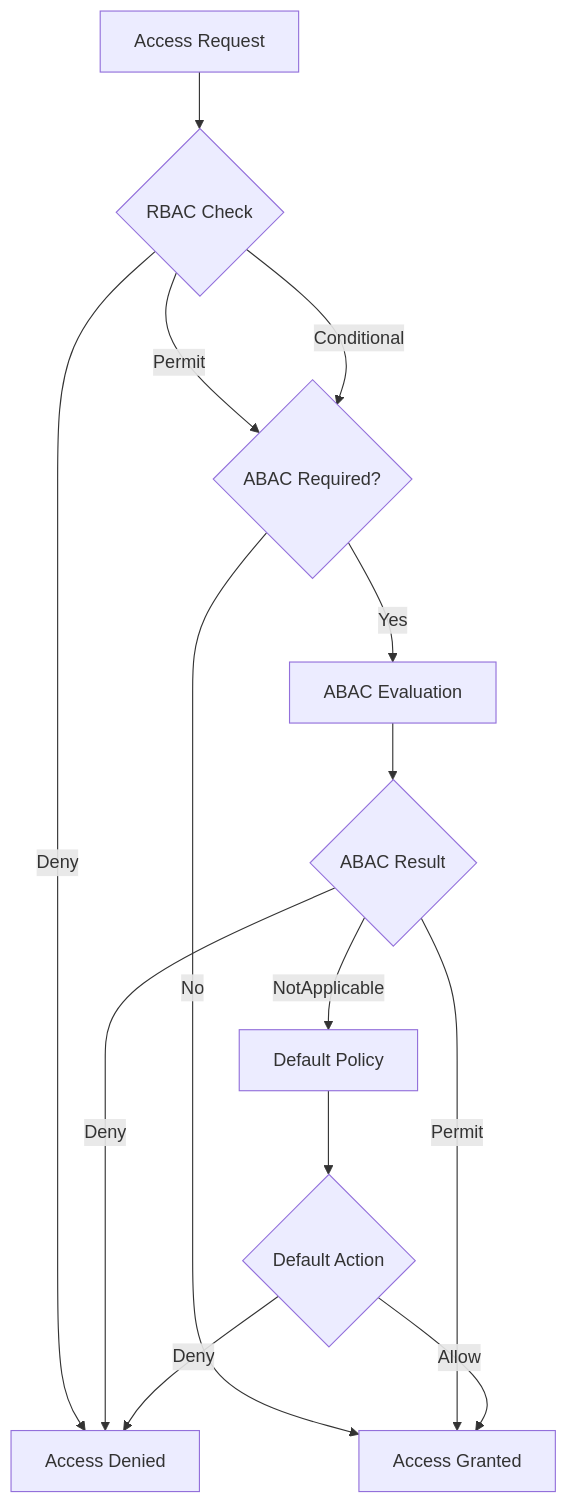
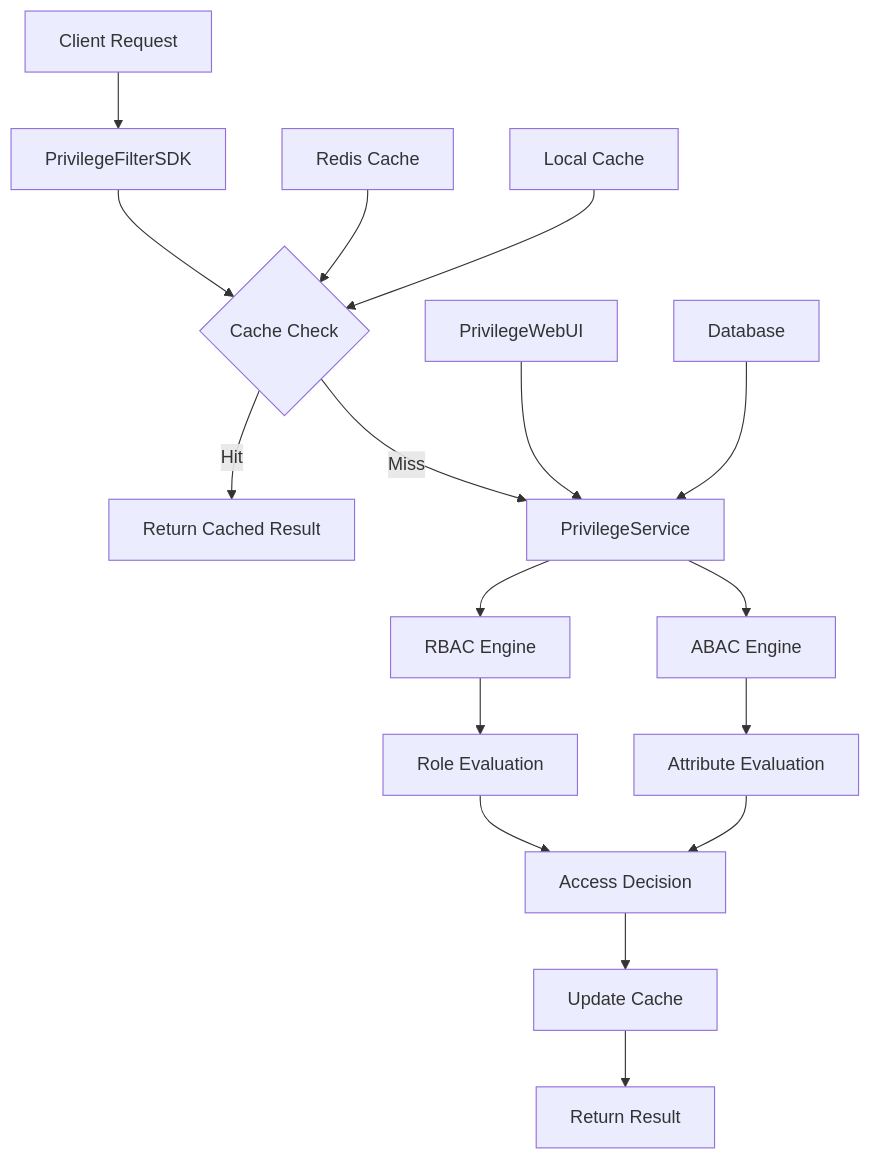
The first of 4 diagrams in source/_posts/Design-Privilege-Systems-RBAC-ABAC-Integration-Guide.md (shayne007/blog), drawn with Mermaid before and after one commit. The commit also changed other lines of this file, not shown here.

Commit message:
update rbac privilege

```diff
--- a/source/_posts/Design-Privilege-Systems-RBAC-ABAC-Integration-Guide.md
+++ b/source/_posts/Design-Privilege-Systems-RBAC-ABAC-Integration-Guide.md
@@ -193,18 +12,19 @@
-{% mermaid flowchart TD %}
-    A[Access Request] --> B{RBAC Check}
-    B -->|Deny| C[Access Denied]
-    B -->|Permit| D{ABAC Required?}
-    B -->|Conditional| D
+{% mermaid flowchart TB %}
+    A[Client Request] --> B[PrivilegeFilterSDK]
+    B --> C{Cache Check}
+    C -->|Hit| D[Return Cached Result]
+    C -->|Miss| E[PrivilegeService]
+    E --> F[RBAC Engine]
+    E --> G[ABAC Engine]
+    F --> H[Role Evaluation]
+    G --> I[Attribute Evaluation]
+    H --> J[Access Decision]
+    I --> J
+    J --> K[Update Cache]
+    K --> L[Return Result]
     
-    D -->|No| E[Access Granted]
-    D -->|Yes| F[ABAC Evaluation]
-    
-    F --> G{ABAC Result}
-    G -->|Permit| E
-    G -->|Deny| C
-    G -->|NotApplicable| H[Default Policy]
-    
-    H --> I{Default Action}
-    I -->|Allow| E
-    I -->|Deny| C
+    M[PrivilegeWebUI] --> E
+    N[Database] --> E
+    O[Redis Cache] --> C
+    P[Local Cache] --> C
 {% endmermaid %}
```
